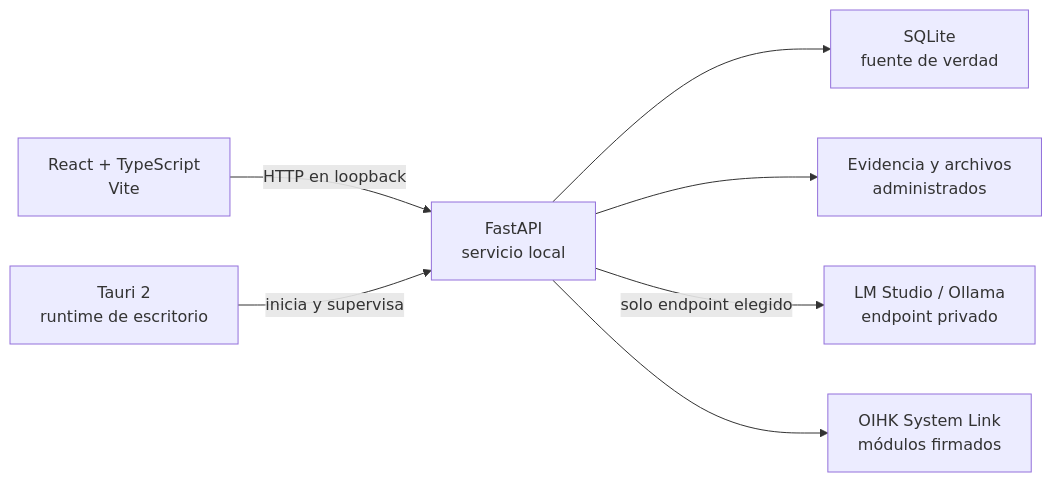
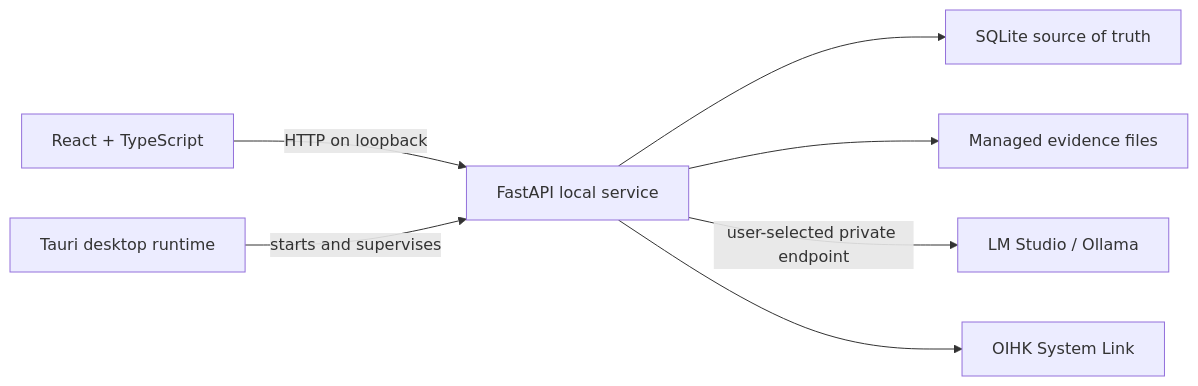
The diagram in README.md (Broskigx/OIHK-Basic), drawn with Mermaid before and after one commit. The commit also changed other lines of this file and 13 other files, not shown here.

````diff
--- a/README.md
+++ b/README.md
@@ -175,9 +155,9 @@
 ```mermaid
 flowchart LR
-    UI["React + TypeScript\nVite"] -->|"HTTP en loopback"| API["FastAPI\nservicio local"]
-    Desktop["Tauri 2\nruntime de escritorio"] -->|"inicia y supervisa"| API
-    API --> DB["SQLite\nfuente de verdad"]
-    API --> Files["Evidencia y archivos\nadministrados"]
-    API -->|"solo endpoint elegido"| Models["LM Studio / Ollama\nendpoint privado"]
-    API --> Link["OIHK System Link\nmódulos firmados"]
+    UI["React + TypeScript"] -->|"HTTP on loopback"| API["FastAPI local service"]
+    Desktop["Tauri desktop runtime"] -->|"starts and supervises"| API
+    API --> DB["SQLite source of truth"]
+    API --> Files["Managed evidence files"]
+    API -->|"user-selected private endpoint"| Models["LM Studio / Ollama"]
+    API --> Link["OIHK System Link"]
 ```
````
